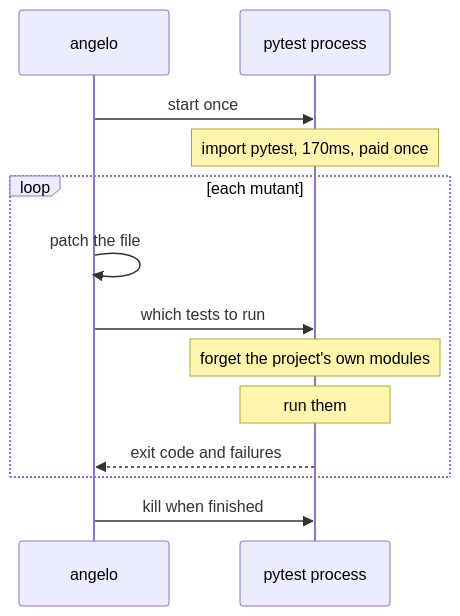
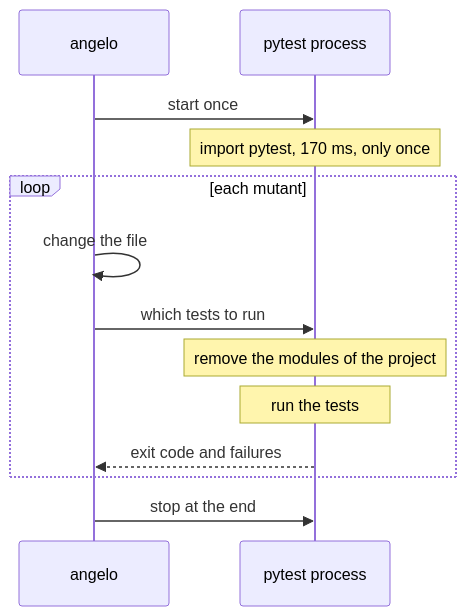
The diagram in docs/03-warm-workers.md (kvandeh/Angelo), drawn with Mermaid before and after one commit. The commit also changed other lines of this file and 19 other files, not shown here.

````diff
--- a/docs/03-warm-workers.md
+++ b/docs/03-warm-workers.md
@@ -56,15 +57,15 @@
 ```mermaid
 sequenceDiagram
     participant A as angelo
     participant P as pytest process
     A->>P: start once
-    Note over P: import pytest, 170ms, paid once
+    Note over P: import pytest, 170 ms, only once
     loop each mutant
-        A->>A: patch the file
+        A->>A: change the file
         A->>P: which tests to run
-        Note over P: forget the project's own modules
-        Note over P: run them
+        Note over P: remove the modules of the project
+        Note over P: run the tests
         P-->>A: exit code and failures
     end
-    A->>P: kill when finished
+    A->>P: stop at the end
 ```
````
